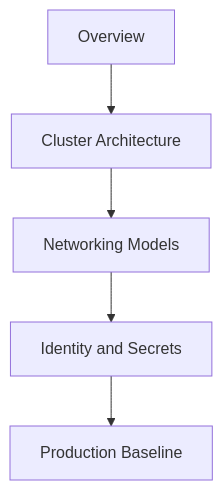
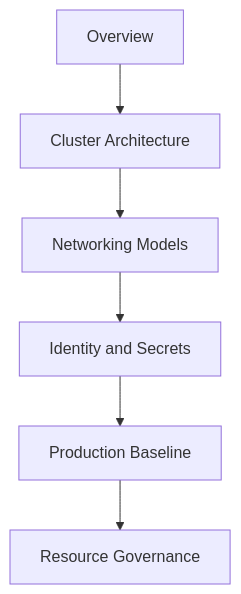
The second of 4 diagrams in docs/start-here/learning-paths.md (yeongseon/azure-kubernetes-service-practical-guide), drawn with Mermaid before and after one commit. The commit also changed other lines of this file, not shown here.

````diff
--- a/docs/start-here/learning-paths.md
+++ b/docs/start-here/learning-paths.md
@@ -41,7 +72,8 @@
 ```mermaid
 flowchart TD
     A[Overview] --> B[Cluster Architecture]
     B --> C[Networking Models]
     C --> D[Identity and Secrets]
     D --> E[Production Baseline]
+    E --> F[Resource Governance]
 ```
````
